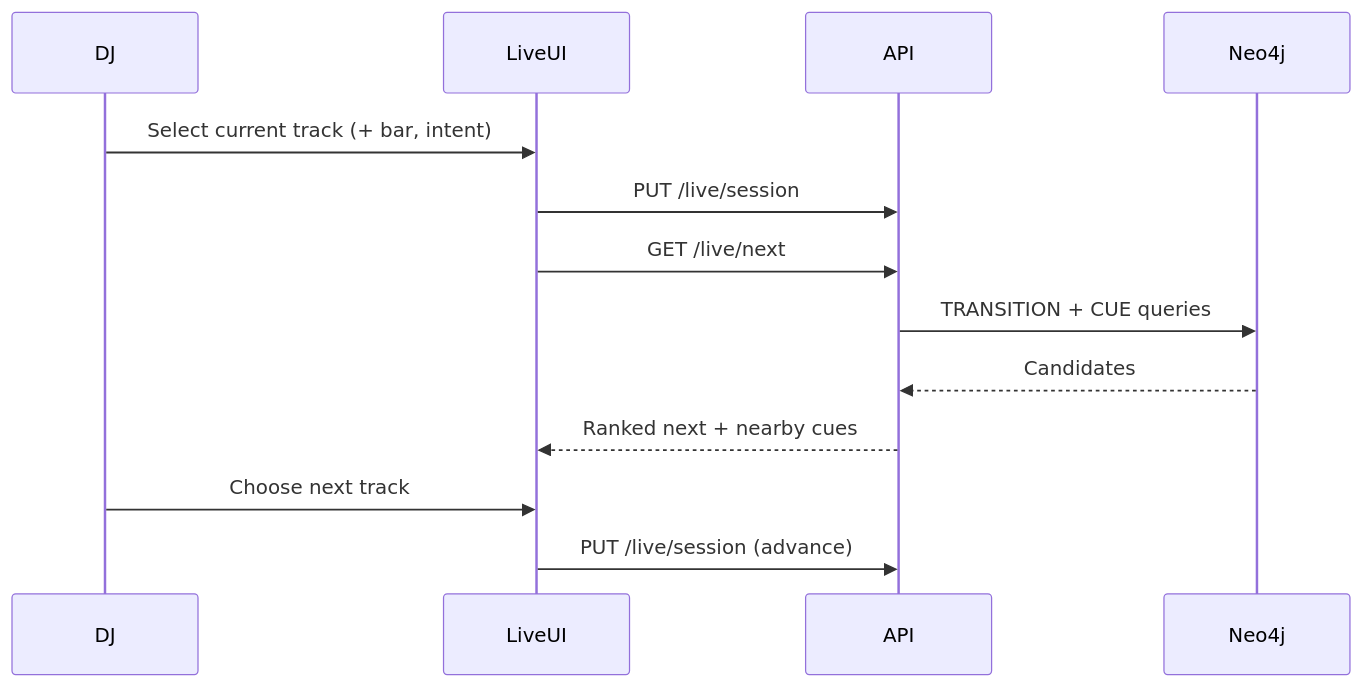
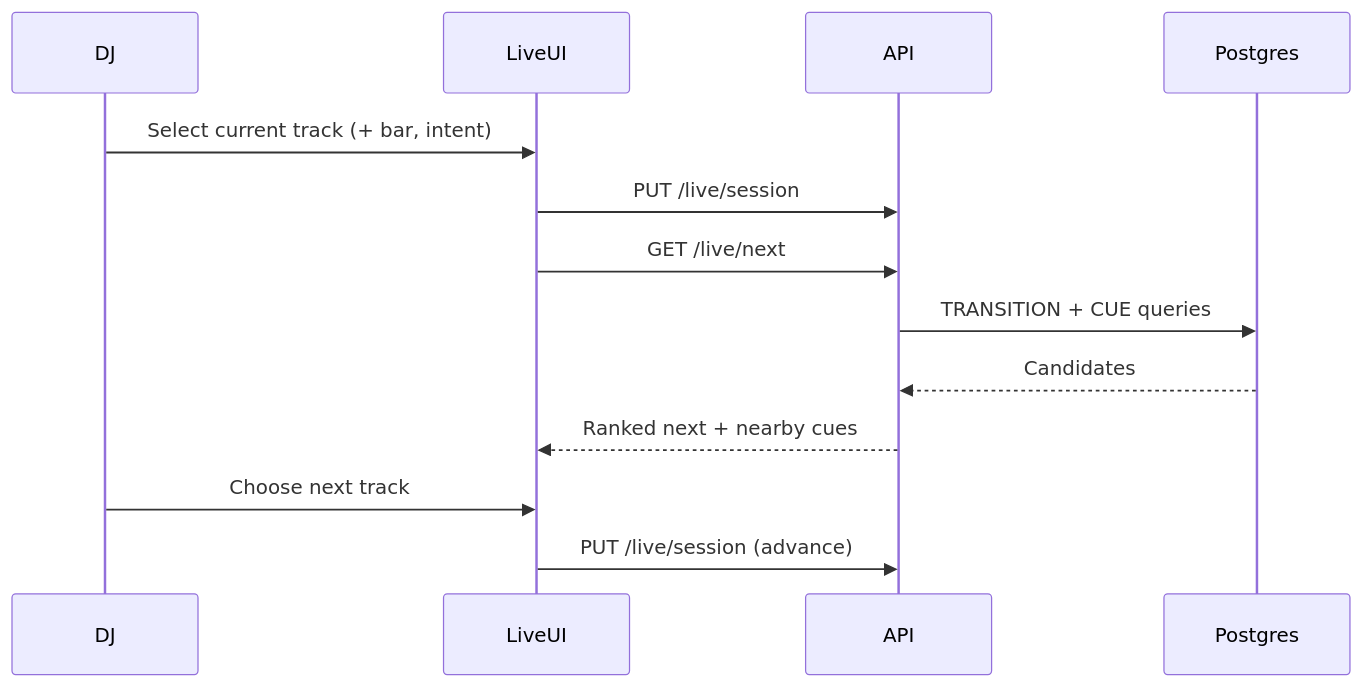
One commit to astradzhao/selecta changed the second of 2 diagrams in dev-files/ARCHITECTURE.md. Above: the diagram before and after it, drawn with Mermaid. The commit also changed other lines of this file and 40 other files, not shown here.

````diff
--- a/dev-files/ARCHITECTURE.md
+++ b/dev-files/ARCHITECTURE.md
@@ -587,16 +558,16 @@
 ```mermaid
 sequenceDiagram
   participant DJ
   participant LiveUI
   participant API
-  participant Neo4j
+  participant PG as Postgres
 
   DJ->>LiveUI: Select current track (+ bar, intent)
   LiveUI->>API: PUT /live/session
   LiveUI->>API: GET /live/next
-  API->>Neo4j: TRANSITION + CUE queries
-  Neo4j-->>API: Candidates
+  API->>PG: TRANSITION + CUE queries
+  PG-->>API: Candidates
   API-->>LiveUI: Ranked next + nearby cues
   DJ->>LiveUI: Choose next track
   LiveUI->>API: PUT /live/session (advance)
 ```
````
